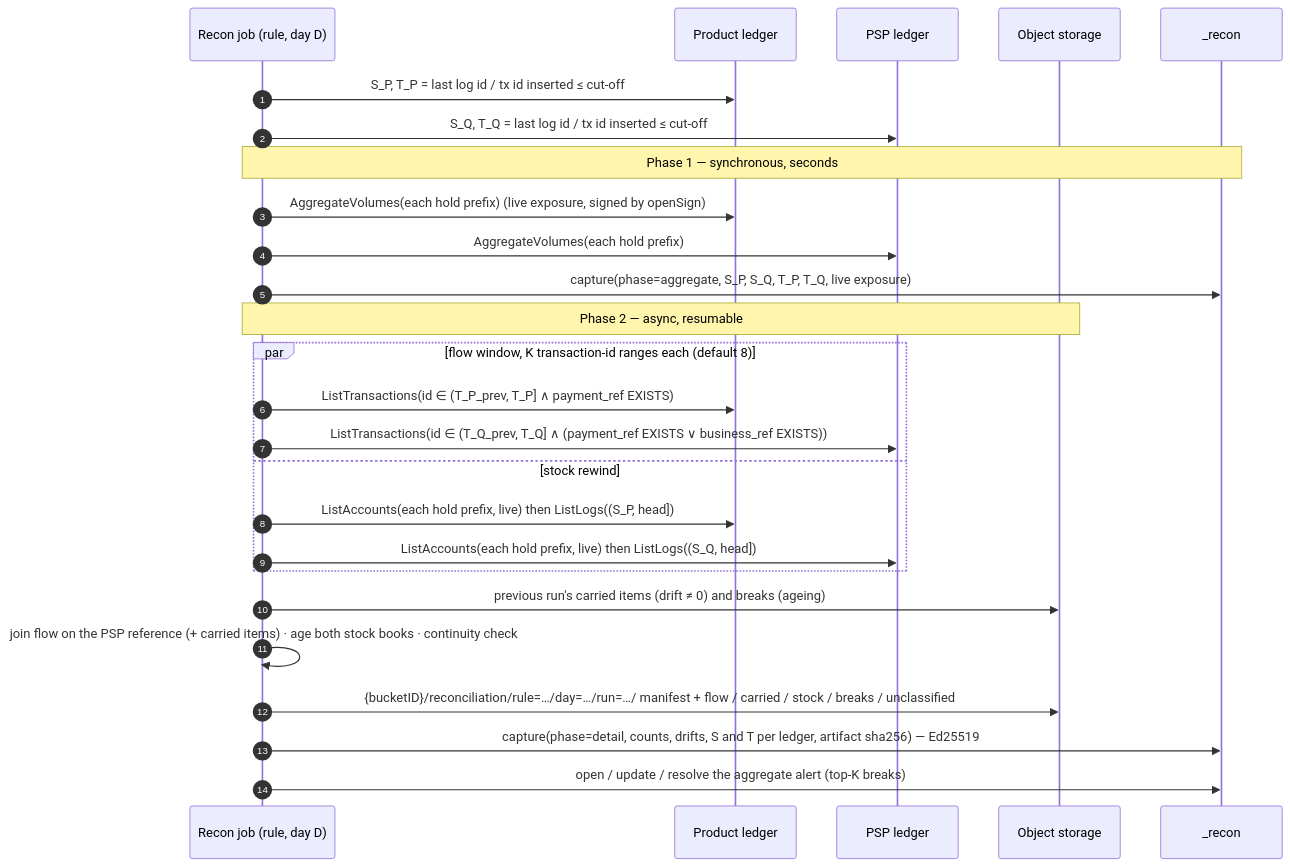
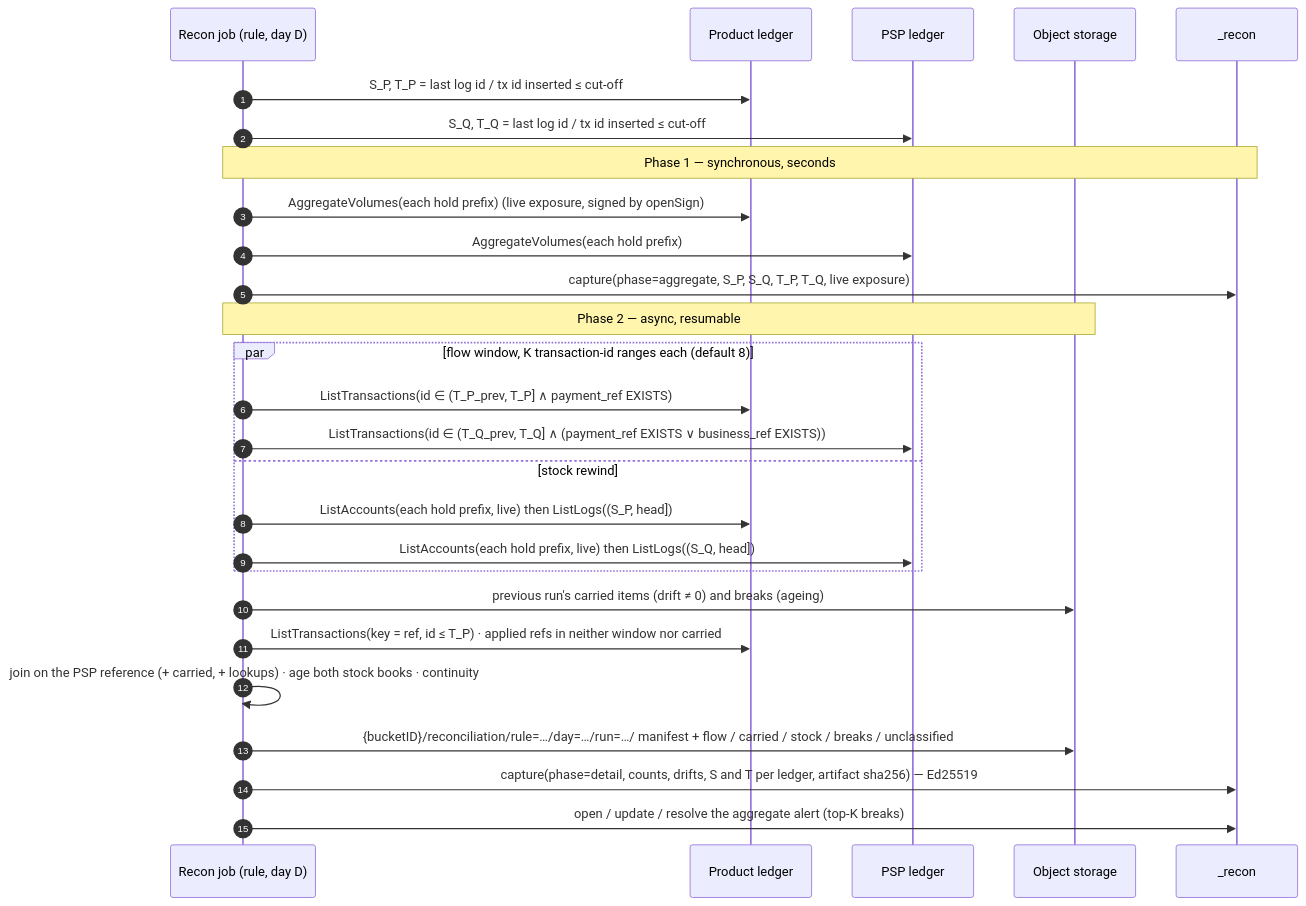
Before and after one commit to formancehq/reconciliation: the second of 2 diagrams in docs/technical/transaction-level-reconciliation.md, drawn with Mermaid. The commit also changed other lines of this file and 2 other files, not shown here.

````diff
--- a/docs/technical/transaction-level-reconciliation.md
+++ b/docs/technical/transaction-level-reconciliation.md
@@ -174,29 +174,30 @@
 ```mermaid
 sequenceDiagram
     autonumber
     participant J as Recon job (rule, day D)
     participant P as Product ledger
     participant Q as PSP ledger
     participant O as Object storage
     participant C as _recon
 
     J->>P: S_P, T_P = last log id / tx id inserted ≤ cut-off
     J->>Q: S_Q, T_Q = last log id / tx id inserted ≤ cut-off
     Note over J,C: Phase 1 — synchronous, seconds
     J->>P: AggregateVolumes(each hold prefix)  (live exposure, signed by openSign)
     J->>Q: AggregateVolumes(each hold prefix)
     J->>C: capture(phase=aggregate, S_P, S_Q, T_P, T_Q, live exposure)
     Note over J,O: Phase 2 — async, resumable
     par flow window, K transaction-id ranges each (default 8)
         J->>P: ListTransactions(id ∈ (T_P_prev, T_P] ∧ payment_ref EXISTS)
         J->>Q: ListTransactions(id ∈ (T_Q_prev, T_Q] ∧ (payment_ref EXISTS ∨ business_ref EXISTS))
     and stock rewind
         J->>P: ListAccounts(each hold prefix, live) then ListLogs((S_P, head])
         J->>Q: ListAccounts(each hold prefix, live) then ListLogs((S_Q, head])
     end
     J->>O: previous run's carried items (drift ≠ 0) and breaks (ageing)
-    J->>J: join flow on the PSP reference (+ carried items) · age both stock books · continuity check
+    J->>P: ListTransactions(key = ref, id ≤ T_P) · applied refs in neither window nor carried
+    J->>J: join on the PSP reference (+ carried, + lookups) · age both stock books · continuity
     J->>O: {bucketID}/reconciliation/rule=…/day=…/run=…/ manifest + flow / carried / stock / breaks / unclassified
     J->>C: capture(phase=detail, counts, drifts, S and T per ledger, artifact sha256) — Ed25519
     J->>C: open / update / resolve the aggregate alert (top-K breaks)
 ```
````
